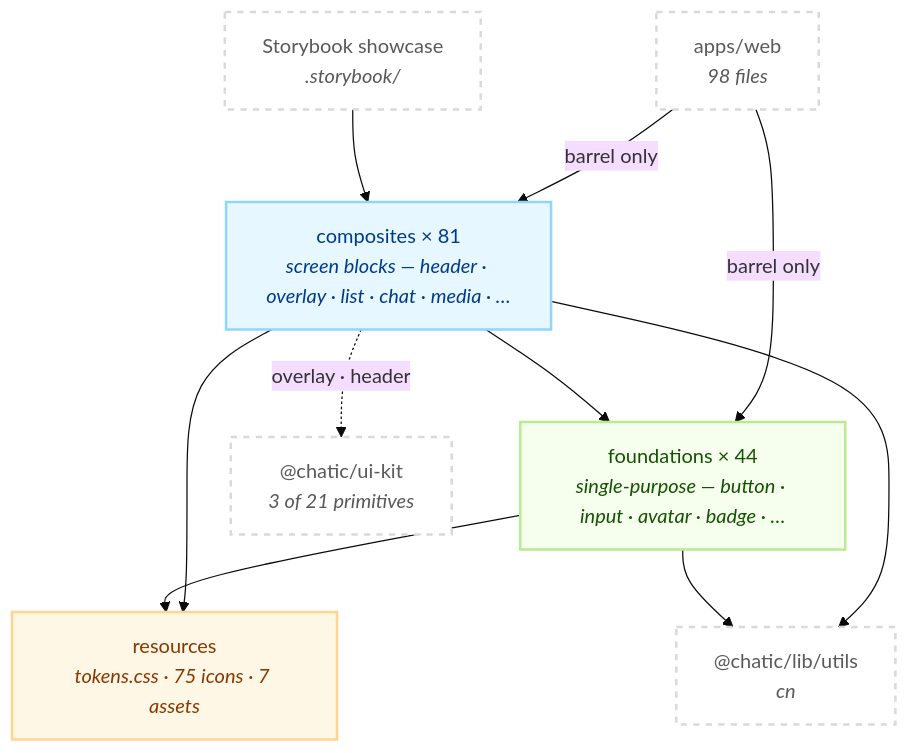
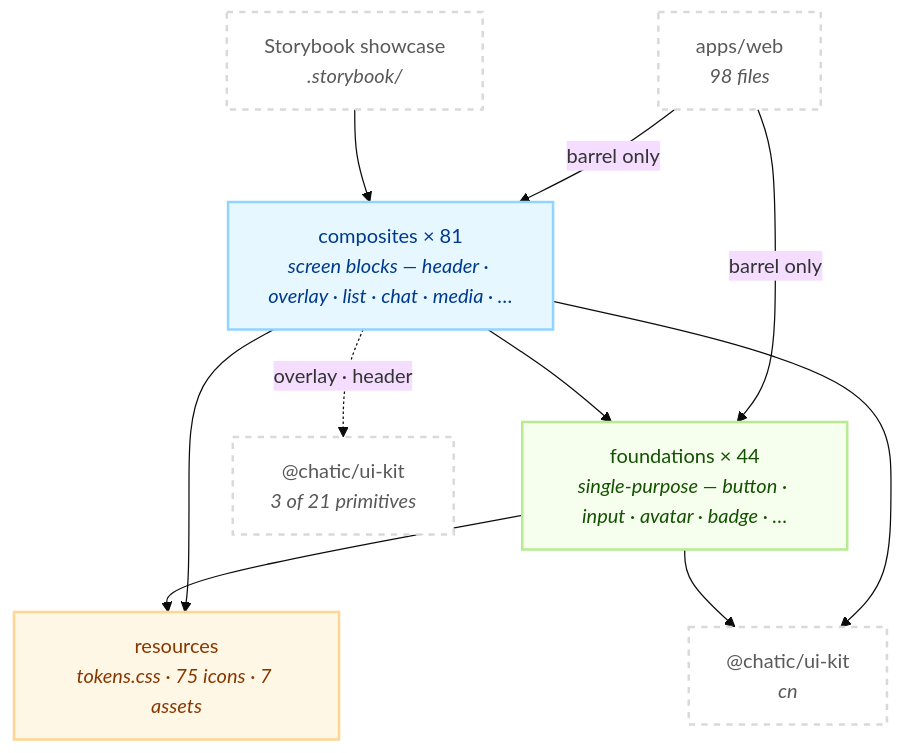
The first of 2 diagrams in libs/web-ui-kit/README.md (lemoncloud-io/dou-app), drawn with Mermaid (base theme) before and after one commit. The commit also changed other lines of this file and 277 other files, not shown here.

First line of the commit message:
refactor(ui-kit): import cn through the @chatic/ui-kit barrel, not the @chatic/lib/utils alias

````diff
--- a/libs/web-ui-kit/README.md
+++ b/libs/web-ui-kit/README.md
@@ -116,27 +116,27 @@
 ```mermaid
 flowchart TD
     classDef comp fill:#e6f7ff,stroke:#91d5ff,stroke-width:2px,color:#003a8c;
     classDef found fill:#f6ffed,stroke:#b7eb8f,stroke-width:2px,color:#135200;
     classDef res fill:#fff7e6,stroke:#ffd591,stroke-width:2px,color:#873800;
     classDef ext fill:#ffffff,stroke:#d9d9d9,stroke-width:2px,color:#595959,stroke-dasharray: 5 5;
 
     App["apps/web<br/><i>98 files</i>"]:::ext
     SB["Storybook showcase<br/><i>.storybook/</i>"]:::ext
 
     C["composites × 81<br/><i>screen blocks — header · overlay · list · chat · media · …</i>"]:::comp
     F["foundations × 44<br/><i>single-purpose — button · input · avatar · badge · …</i>"]:::found
     R["resources<br/><i>tokens.css · 75 icons · 7 assets</i>"]:::res
 
     UK["@chatic/ui-kit<br/><i>3 of 21 primitives</i>"]:::ext
-    CN["@chatic/lib/utils<br/><i>cn</i>"]:::ext
+    CN["@chatic/ui-kit<br/><i>cn</i>"]:::ext
 
     App -->|"barrel only"| C
     App -->|"barrel only"| F
     SB --> C
     C --> F
     C --> R
     F --> R
     C -.->|"overlay · header"| UK
     C --> CN
     F --> CN
 ```
````
